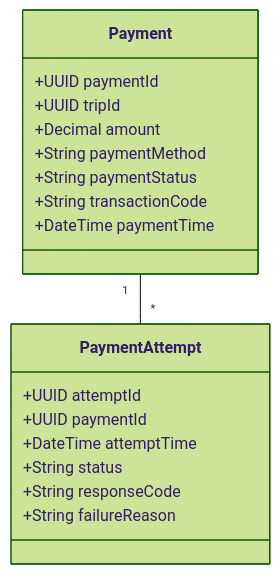
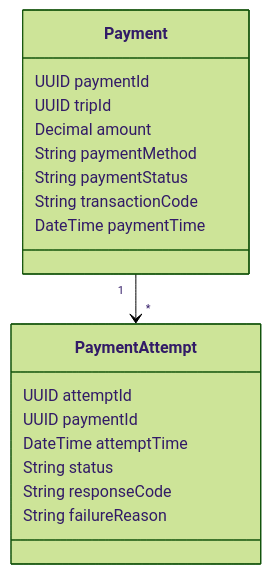
One commit to Phamha0601/23680571_PhamThiThuHa_CabSystem changed diagram 17 of 29 in Microservice_Design.md. Above: the diagram before and after it, drawn with Mermaid (forest theme). The commit also changed other lines of this file, not shown here.

````diff
--- a/Microservice_Design.md
+++ b/Microservice_Design.md
@@ -1071,24 +1064,23 @@
 ```mermaid
 classDiagram
-
     class Payment {
-        +UUID paymentId
-        +UUID tripId
-        +Decimal amount
-        +String paymentMethod
-        +String paymentStatus
-        +String transactionCode
-        +DateTime paymentTime
+        UUID paymentId
+        UUID tripId
+        Decimal amount
+        String paymentMethod
+        String paymentStatus
+        String transactionCode
+        DateTime paymentTime
     }
 
     class PaymentAttempt {
-        +UUID attemptId
-        +UUID paymentId
-        +DateTime attemptTime
-        +String status
-        +String responseCode
-        +String failureReason
+        UUID attemptId
+        UUID paymentId
+        DateTime attemptTime
+        String status
+        String responseCode
+        String failureReason
     }
 
-    Payment "1" -- "*" PaymentAttempt
+    Payment "1" --> "*" PaymentAttempt
 ```
````
